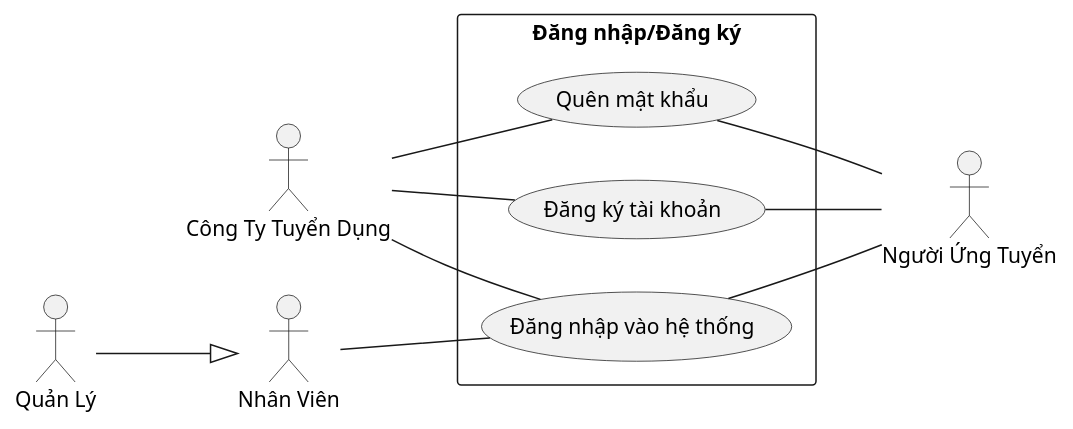
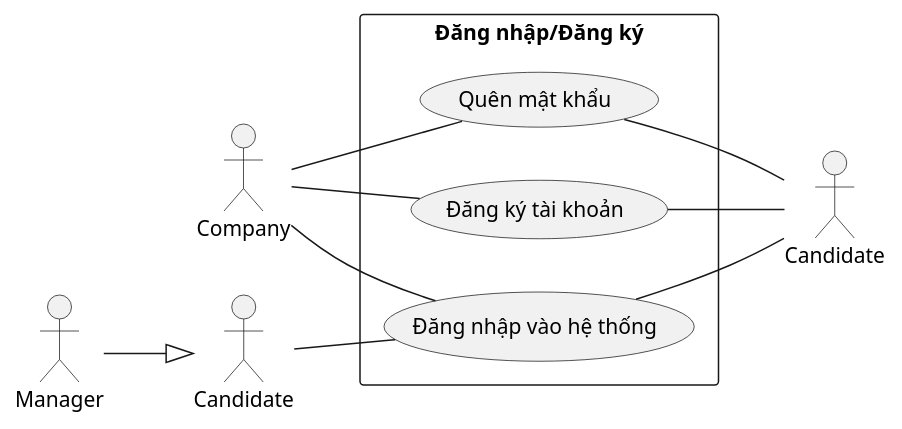
One commit to Griselda4774/EAS-EmploymentAssistanceSystem changed the diagram in Lab1/Lab 1.2 Diagram/Use case/FilePUML/1. DangNhapDangKy.puml. Above: the diagram before and after it, drawn with PlantUML. The commit also changed 79 other files, not shown here.

```diff
--- a/Lab1/Lab 1.2 Diagram/Use case/FilePUML/1. DangNhapDangKy.puml
+++ b/Lab1/Lab 1.2 Diagram/Use case/FilePUML/1. DangNhapDangKy.puml
@@ -1,24 +1,24 @@
 @startuml DangNhap/DangKy
 left to right direction
-actor nhanVien as "Nhân Viên"
-actor quanLy as "Quản Lý"
-actor nguoiUngTuyen as "Người Ứng Tuyển"
-actor congTy as "Công Ty Tuyển Dụng"
+actor nhanVien as "Candidate"
+actor quanLy as "Manager"
+actor nguoiUngTuyen as "Candidate"
+actor congTy as "Company"
 quanLy --^ nhanVien
 rectangle "Đăng nhập/Đăng ký" {
     usecase "Đăng nhập vào hệ thống" as dangNhap
     usecase "Đăng ký tài khoản" as dangKyTaiKhoan
     usecase "Quên mật khẩu" as quenMatKhau
 }
 nhanVien -- dangNhap
 
 congTy -- dangNhap
 congTy -- dangKyTaiKhoan
 congTy -- quenMatKhau
 
 
 dangNhap -- nguoiUngTuyen
 dangKyTaiKhoan -- nguoiUngTuyen
 quenMatKhau -- nguoiUngTuyen
 
 @enduml
```
